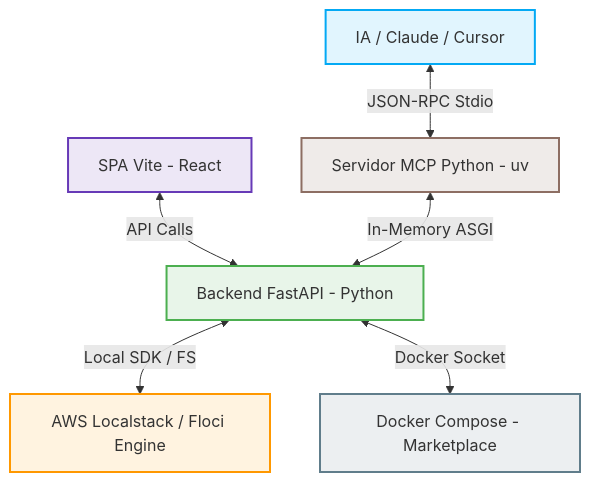
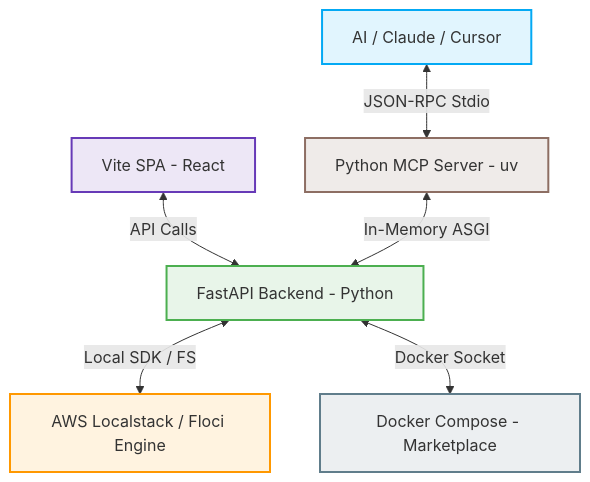
One commit to pmaojo/floci-studio changed the diagram in README.md. Above: the diagram before and after it, drawn with Mermaid. The commit also changed other lines of this file and 1 other file, not shown here.

````diff
--- a/README.md
+++ b/README.md
@@ -11,17 +11,17 @@
 ```mermaid
 graph TD
-    %% Componentes
-    LLM[IA / Claude / Cursor] <-->|JSON-RPC Stdio| MCP[Servidor MCP Python - uv]
-    SPA[SPA Vite - React] <-->|API Calls| Backend[Backend FastAPI - Python]
+    %% Components
+    LLM[AI / Claude / Cursor] <-->|JSON-RPC Stdio| MCP[Python MCP Server - uv]
+    SPA[Vite SPA - React] <-->|API Calls| Backend[FastAPI Backend - Python]
     MCP <-->|In-Memory ASGI| Backend
     Backend <-->|Local SDK / FS| LocalStack[AWS Localstack / Floci Engine]
     Backend <-->|Docker Socket| DockerMarket[Docker Compose - Marketplace]
 
-    %% Estilos
+    %% Styles
     style LLM fill:#e1f5fe,stroke:#03a9f4,stroke-width:2px
     style MCP fill:#efebe9,stroke:#8d6e63,stroke-width:2px
     style SPA fill:#ede7f6,stroke:#673ab7,stroke-width:2px
     style Backend fill:#e8f5e9,stroke:#4caf50,stroke-width:2px
     style LocalStack fill:#fff3e0,stroke:#ff9800,stroke-width:2px
     style DockerMarket fill:#eceff1,stroke:#607d8b,stroke-width:2px
 ```
````
